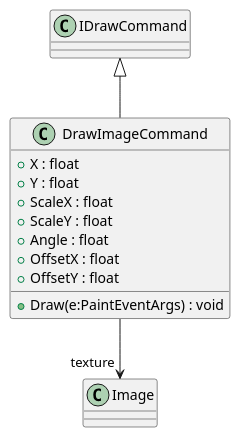
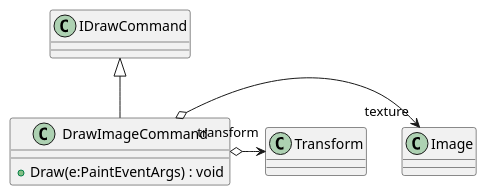
One commit to Reroll-inc/sweeper-rpg changed the diagram in uml/EngineGDI/Src/Drawing/DrawImageCommand.puml. Above: the diagram before and after it, drawn with PlantUML. The commit also changed 11 other files, not shown here.

Commit message:
docs: update UML

```diff
--- a/uml/EngineGDI/Src/Drawing/DrawImageCommand.puml
+++ b/uml/EngineGDI/Src/Drawing/DrawImageCommand.puml
@@ -1,14 +1,8 @@
 @startuml
 class DrawImageCommand {
-    + X : float
-    + Y : float
-    + ScaleX : float
-    + ScaleY : float
-    + Angle : float
-    + OffsetX : float
-    + OffsetY : float
     + Draw(e:PaintEventArgs) : void
 }
 IDrawCommand <|-- DrawImageCommand
-DrawImageCommand --> "texture" Image
+DrawImageCommand o-> "texture" Image
+DrawImageCommand o-> "transform" Transform
 @enduml
```
